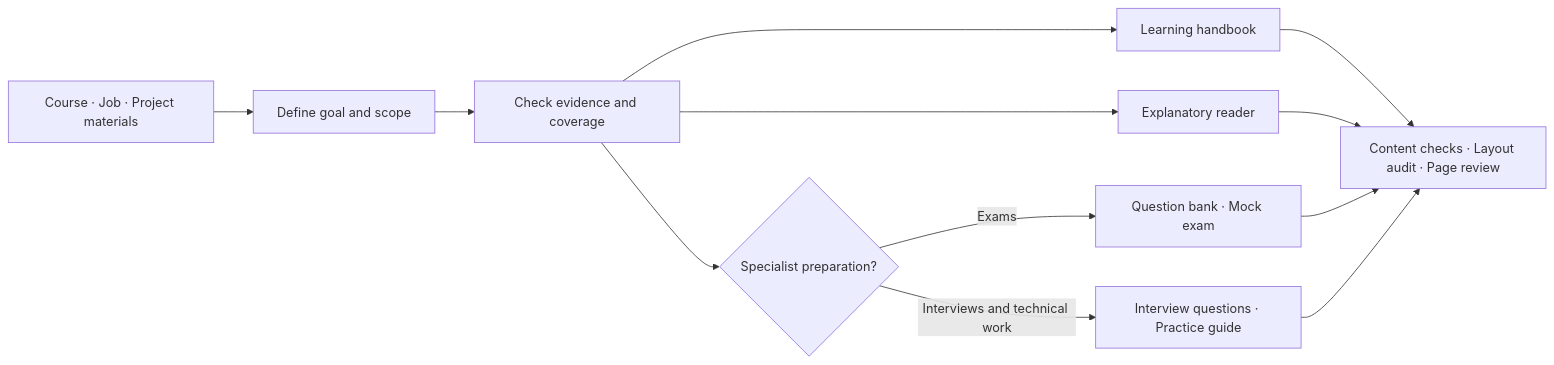
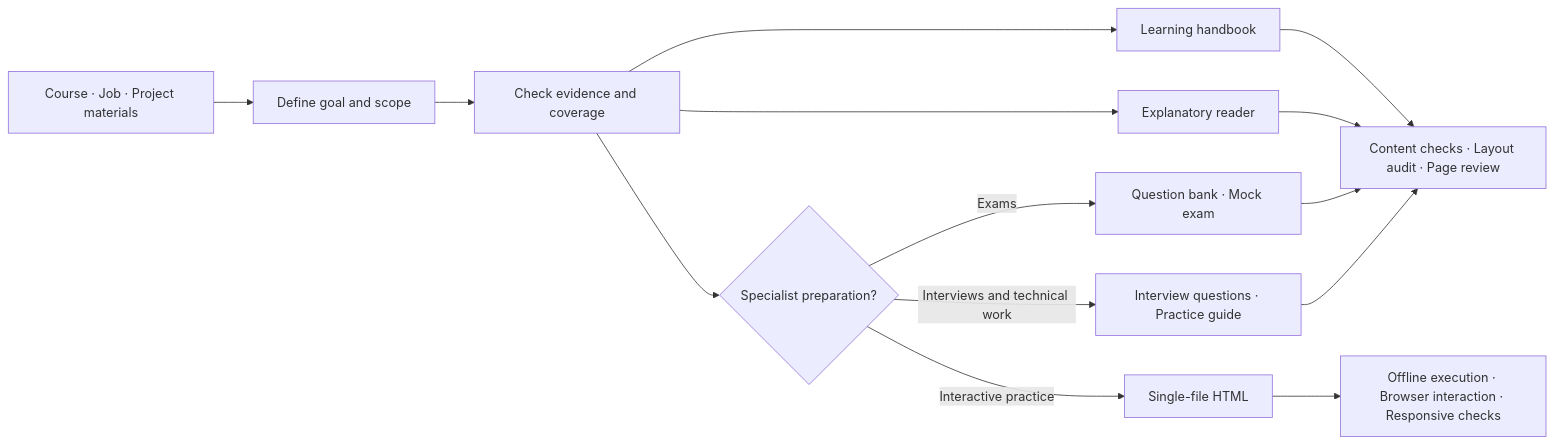
The diagram in README.en.md (Gusuhanfeng/study-fast), drawn with Mermaid before and after one commit. The commit also changed other lines of this file and 3 other files, not shown here.

````diff
--- a/README.en.md
+++ b/README.en.md
@@ -40,14 +59,16 @@
 ```mermaid
 flowchart LR
     A[Course · Job · Project materials] --> B[Define goal and scope]
     B --> C[Check evidence and coverage]
     C --> D[Learning handbook]
     C --> E[Explanatory reader]
     C --> F{Specialist preparation?}
     F -->|Exams| G[Question bank · Mock exam]
     F -->|Interviews and technical work| H[Interview questions · Practice guide]
+    F -->|Interactive practice| J[Single-file HTML]
     D --> I[Content checks · Layout audit · Page review]
     E --> I
     G --> I
     H --> I
+    J --> K[Offline execution · Browser interaction · Responsive checks]
 ```
````
